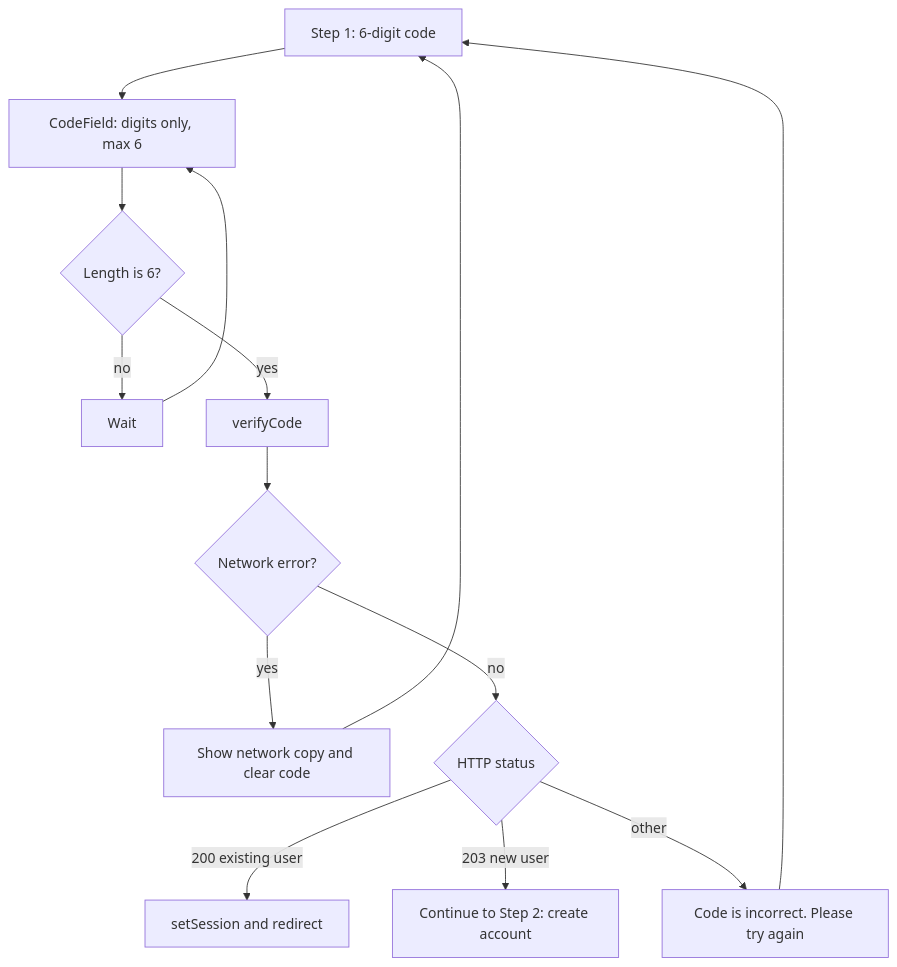
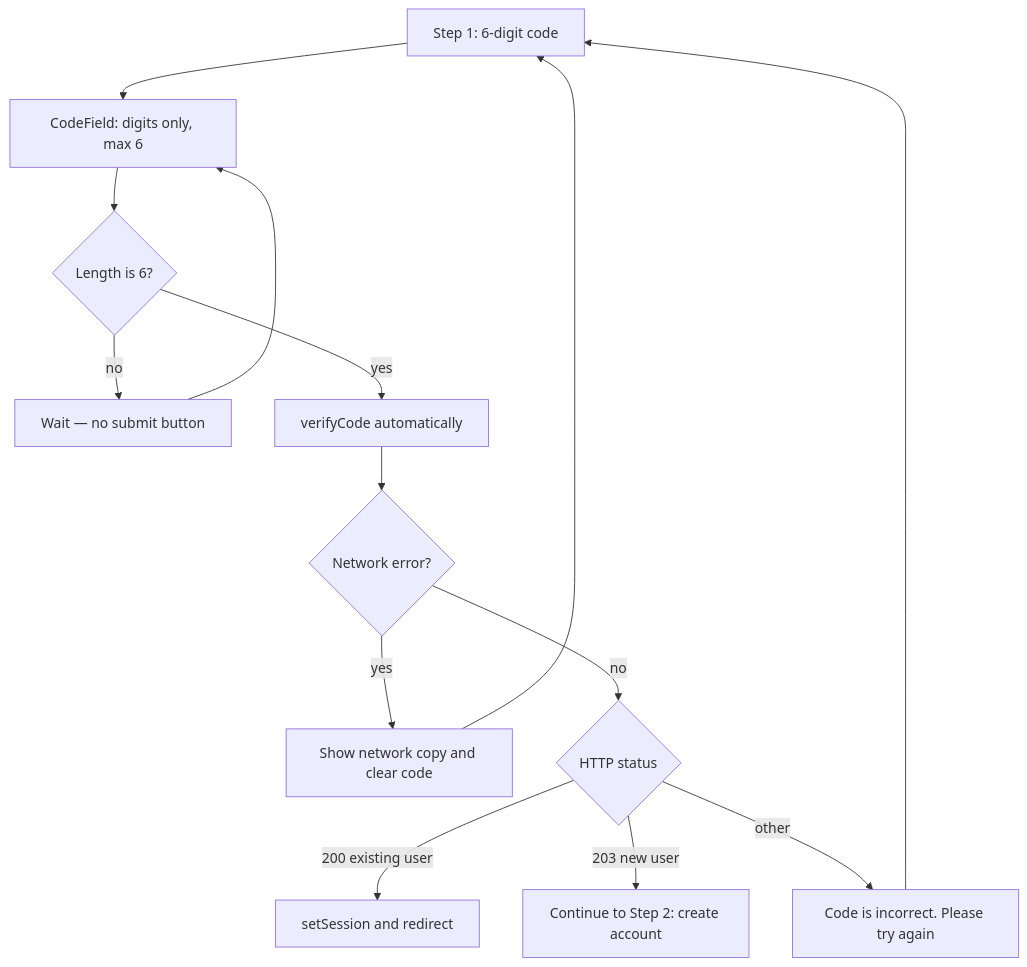
Before and after one commit to CRE8Interactions/frontend-buyer-app: the diagram in docs/code-validations.mmd, drawn with Mermaid. The commit also changed 30 other files, not shown here.

```diff
--- a/docs/code-validations.mmd
+++ b/docs/code-validations.mmd
@@ -1,21 +1,21 @@
 %% Step 1: code (OTP)
 %% Source: app/login/page.tsx and lib/fieldValidation.ts
 %% Code: Code is incorrect. Please try again
 %% Network: We're experiencing technical difficulties. Please try again later.
 
 flowchart TD
   codeStep[Step 1: 6-digit code] --> typeCode[CodeField: digits only, max 6]
   typeCode --> len6{Length is 6?}
-  len6 -->|no| waitCode[Wait]
+  len6 -->|no| waitCode[Wait — no submit button]
   waitCode --> typeCode
-  len6 -->|yes| verifyCode[verifyCode]
+  len6 -->|yes| verifyCode[verifyCode automatically]
 
   verifyCode --> codeNet{Network error?}
   codeNet -->|yes| codeNetwork[Show network copy and clear code]
   codeNetwork --> codeStep
   codeNet -->|no| codeStatus{HTTP status}
 
   codeStatus -->|200 existing user| sessionOk[setSession and redirect]
   codeStatus -->|203 new user| nextStep[Continue to Step 2: create account]
   codeStatus -->|other| badCode["Code is incorrect. Please try again"]
   badCode --> codeStep
```
